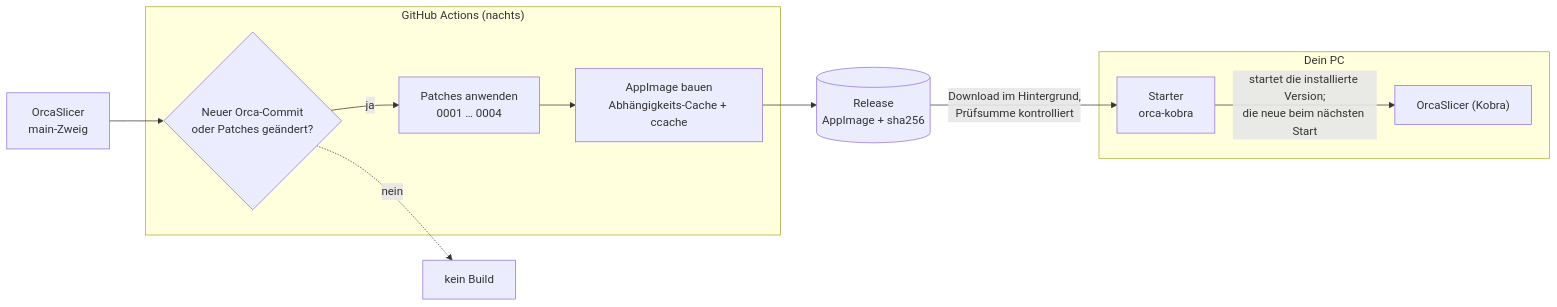
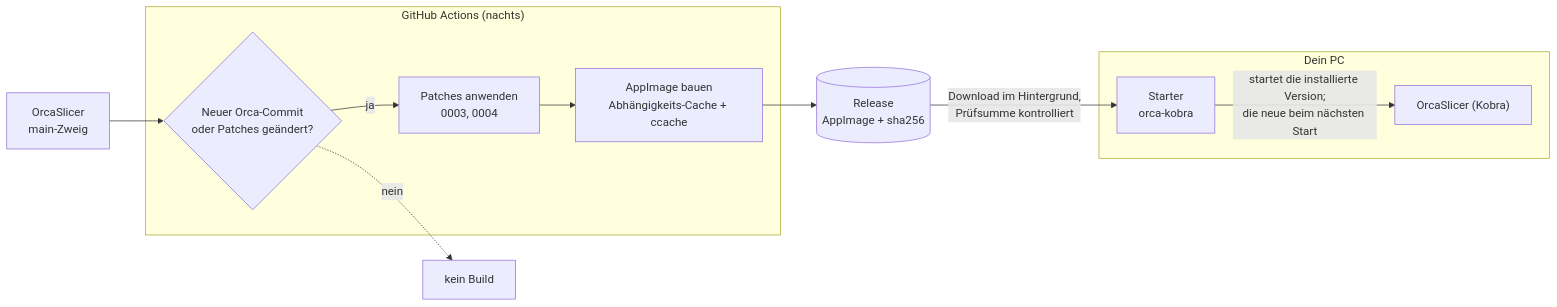
Before and after one commit to xNoVoSx/orca-kobra: the diagram in README.de.md, drawn with Mermaid. The commit also changed other lines of this file and 6 other files, not shown here.

````diff
--- a/README.de.md
+++ b/README.de.md
@@ -37,20 +37,20 @@
 ```mermaid
 flowchart LR
     UP[OrcaSlicer<br/>main-Zweig]
     subgraph GH["GitHub Actions (nachts)"]
         CK{Neuer Orca-Commit<br/>oder Patches geändert?}
-        AP[Patches anwenden<br/>0001 … 0004]
+        AP[Patches anwenden<br/>0003, 0004]
         BU[AppImage bauen<br/>Abhängigkeits-Cache + ccache]
     end
     RE[(Release<br/>AppImage + sha256)]
     subgraph PC["Dein PC"]
         LA[Starter<br/>orca-kobra]
         OR["OrcaSlicer (Kobra)"]
     end
 
     UP --> CK
     CK -- ja --> AP --> BU --> RE
     CK -. nein .-> SK[kein Build]
     RE -- "Download im Hintergrund,<br/>Prüfsumme kontrolliert" --> LA
     LA -- "startet die installierte Version;<br/>die neue beim nächsten Start" --> OR
 ```
````
